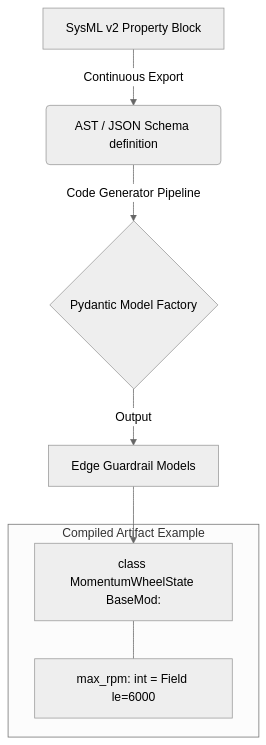
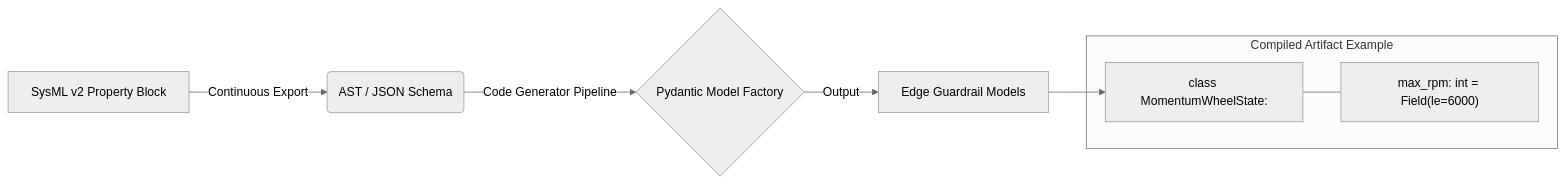
Before and after one commit to camirian/safe-acs: the fourth of 4 diagrams in ARCHITECTURE.md, drawn with Mermaid (neutral theme).

Commit message:
docs: fix SysML mapping diagram by switching TD to LR and removing arrow-label overlap

````diff
--- a/ARCHITECTURE.md
+++ b/ARCHITECTURE.md
@@ -155,13 +155,13 @@
 ```mermaid
-graph TD
-    A[SysML v2 Property Block] -->|Continuous Export| B(AST / JSON Schema definition)
+graph LR
+    A[SysML v2 Property Block] -->|Continuous Export| B(AST / JSON Schema)
     B -->|Code Generator Pipeline| C{Pydantic Model Factory}
     C -->|Output| D[Edge Guardrail Models]
-    
+    D --> D1
+
     subgraph Compiled Artifact Example
-    D1[class MomentumWheelState BaseMod:]
-    D2[max_rpm: int = Field le=6000]
-    D1 --- D2
+        D1["class MomentumWheelState:"]
+        D2["  max_rpm: int = Field(le=6000)"]
+        D1 --- D2
     end
-    D --> D1
 ```
````
